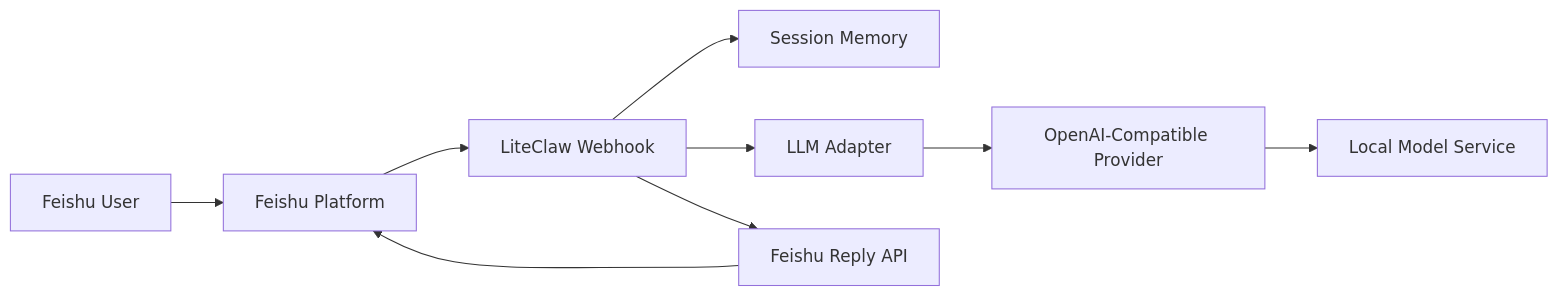
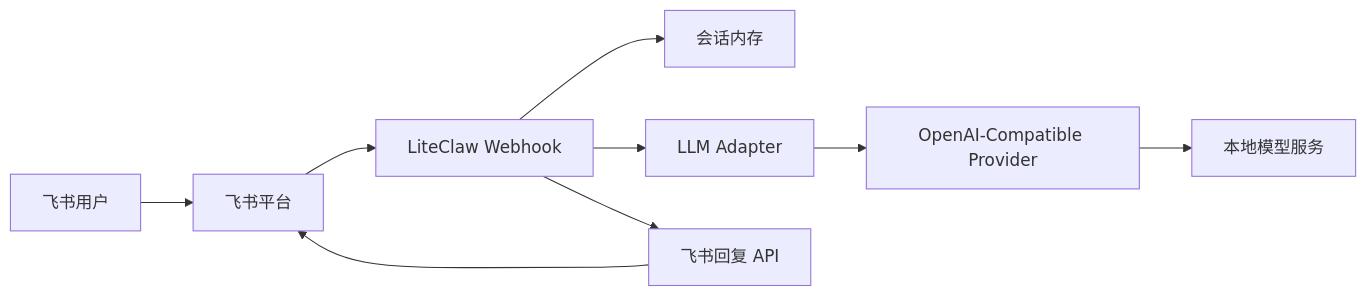
One commit to WarrenJones/liteClaw changed the diagram in README.md. Above: the diagram before and after it, drawn with Mermaid. The commit also changed other lines of this file, not shown here.

````diff
--- a/README.md
+++ b/README.md
@@ -33,11 +33,11 @@
 ```mermaid
 flowchart LR
-    U["Feishu User"] --> F["Feishu Platform"]
+    U["飞书用户"] --> F["飞书平台"]
     F --> W["LiteClaw Webhook"]
-    W --> M["Session Memory"]
+    W --> M["会话内存"]
     W --> L["LLM Adapter"]
     L --> P["OpenAI-Compatible Provider"]
-    P --> S["Local Model Service"]
-    W --> R["Feishu Reply API"]
+    P --> S["本地模型服务"]
+    W --> R["飞书回复 API"]
     R --> F
 ```
````
